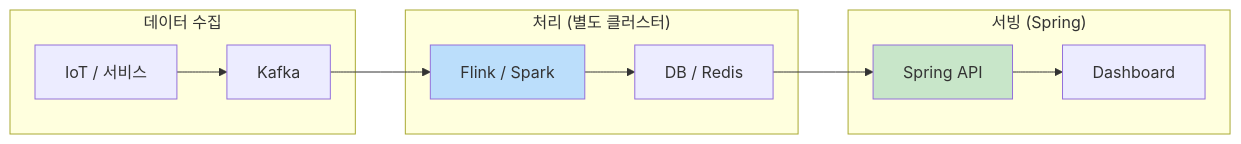
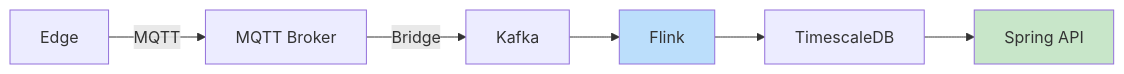
The third of 7 diagrams in content/posts/2023-07-20-timeseries-downsampling-strategies.md (Gyeom/dev-notes), drawn with Mermaid before and after one commit. The commit also changed other lines of this file, not shown here.

First line of the commit message:
Add: Edge → API 전체 아키텍처 다이어그램

````diff
--- a/content/posts/2023-07-20-timeseries-downsampling-strategies.md
+++ b/content/posts/2023-07-20-timeseries-downsampling-strategies.md
@@ -53,19 +98,11 @@
 ```mermaid
 flowchart LR
-    subgraph "데이터 수집"
-        A["IoT / 서비스"] --> B["Kafka"]
-    end
+    E["Edge"] -->|MQTT| MB["MQTT Broker"] -->|Bridge| K["Kafka"]
 
-    subgraph "처리 (별도 클러스터)"
-        B --> C["Flink / Spark"]
-        C --> D["DB / Redis"]
-    end
+    K --> F["Flink"]
+    F --> DB["TimescaleDB"]
+    DB --> API["Spring API"]
 
-    subgraph "서빙 (Spring)"
-        D --> E["Spring API"]
-        E --> F["Dashboard"]
-    end
-
-    style C fill:#bbdefb
-    style E fill:#c8e6c9
+    style F fill:#bbdefb
+    style API fill:#c8e6c9
 ```
````
